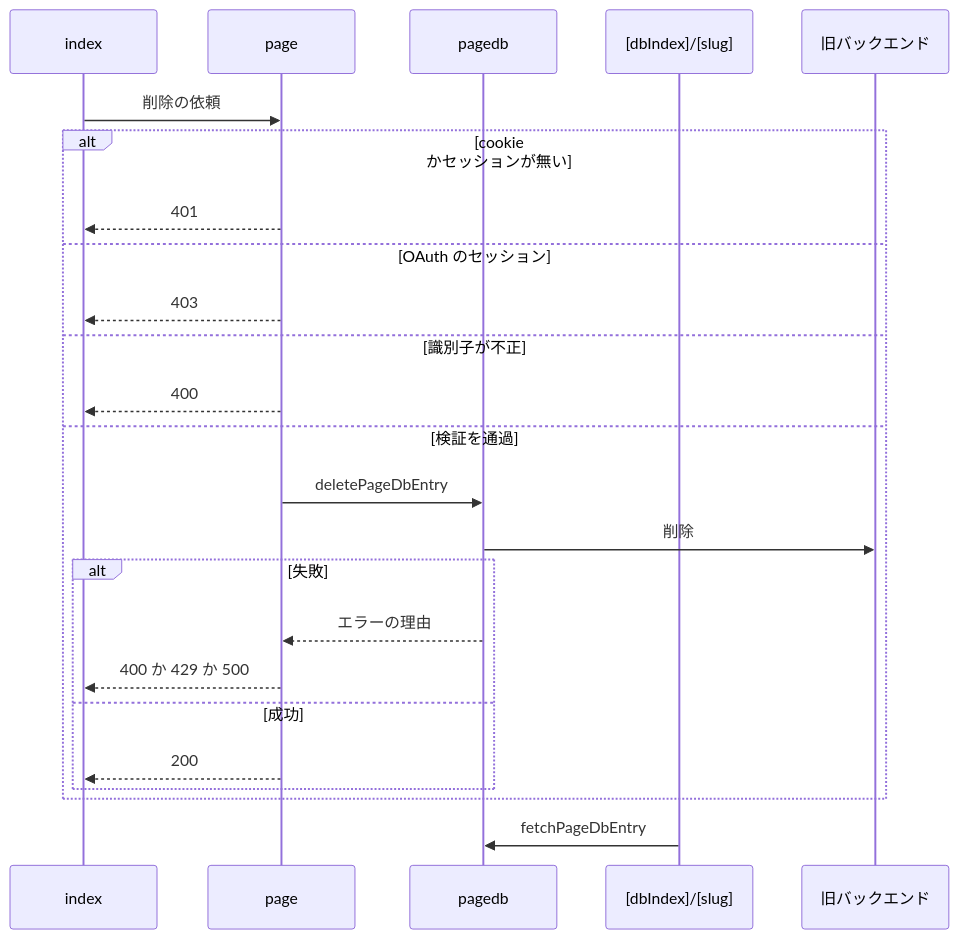
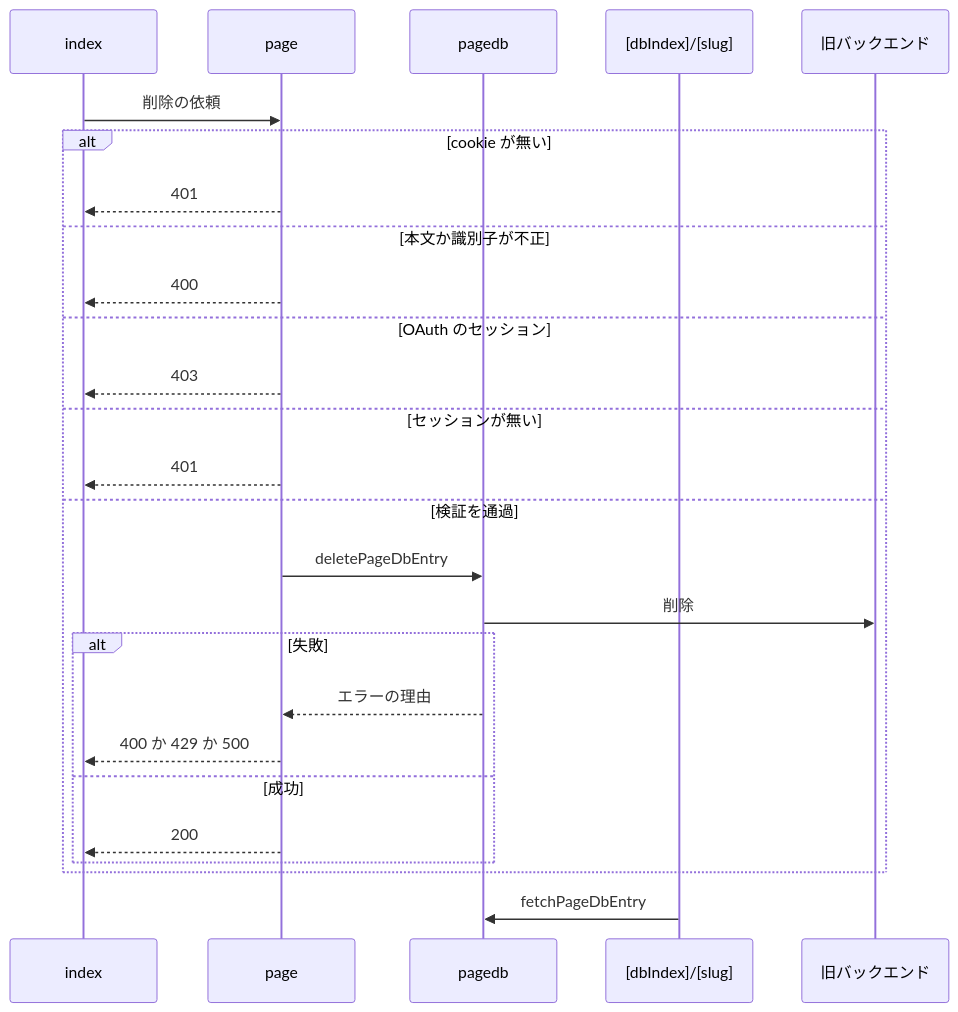
Before and after one commit to nekono-dev/skyshare: the second of 2 diagrams in .kiro/specs/legacy-page/design.md, drawn with Mermaid. The commit also changed 57 other files, not shown here.

````diff
--- a/.kiro/specs/legacy-page/design.md
+++ b/.kiro/specs/legacy-page/design.md
@@ -78,26 +78,28 @@
 ```mermaid
 sequenceDiagram
   participant index
   participant page
   participant pagedb
   participant db as [dbIndex]/[slug]
   participant ext_legacy as 旧バックエンド
   index->>page: 削除の依頼
-  alt cookie かセッションが無い
+  alt cookie が無い
     page-->>index: 401
+  else 本文か識別子が不正
+    page-->>index: 400
   else OAuth のセッション
     page-->>index: 403
-  else 識別子が不正
-    page-->>index: 400
+  else セッションが無い
+    page-->>index: 401
   else 検証を通過
     page->>pagedb: deletePageDbEntry
     pagedb->>ext_legacy: 削除
     alt 失敗
       pagedb-->>page: エラーの理由
       page-->>index: 400 か 429 か 500
     else 成功
       page-->>index: 200
     end
   end
   db->>pagedb: fetchPageDbEntry
 ```
````
